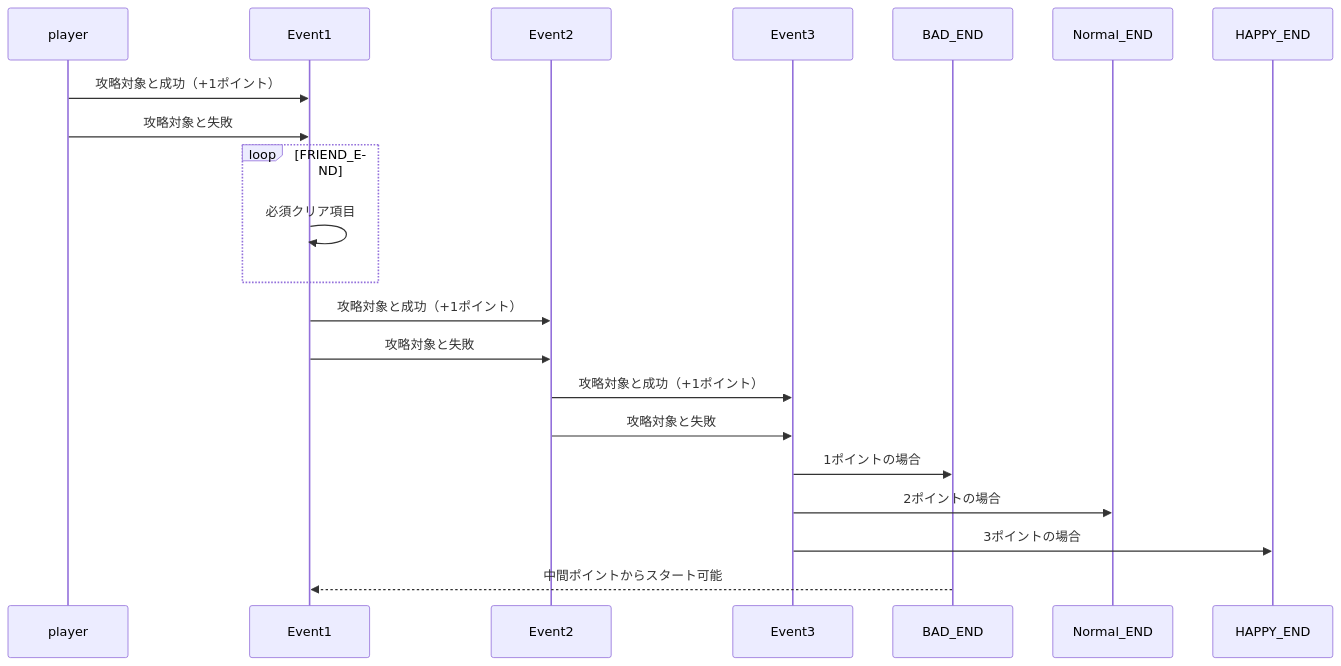
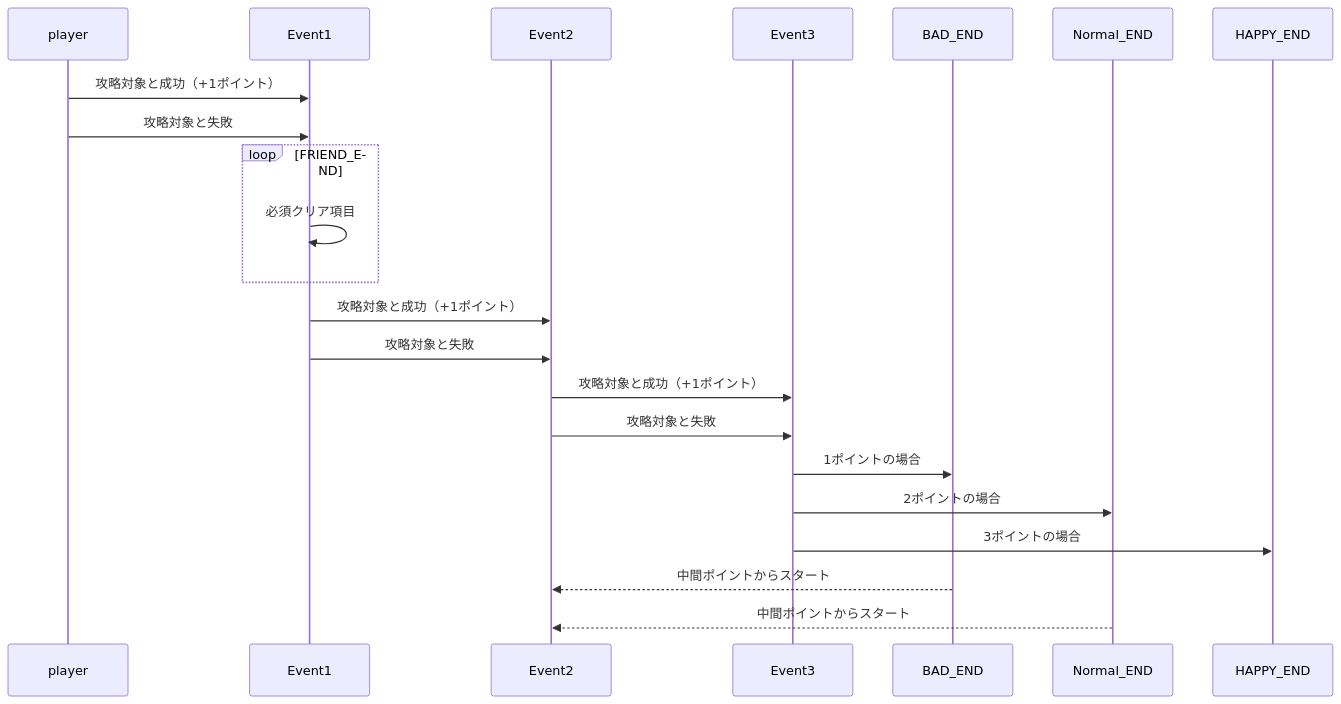
The second of 2 diagrams in README.md (tpu-game-2022/mermaid_test), drawn with Mermaid before and after one commit.

Commit message:
変更しました

````diff
--- a/README.md
+++ b/README.md
@@ -37,23 +37,24 @@
 ```mermaid
 sequenceDiagram
 participant player
 participant　Event1
 participant　Event2
 participant  Event3
 participant　BAD_END
 participant　Normal_END
 participant　HAPPY_END
 player->>Event1:攻略対象と成功（+1ポイント）
 player->>Event1:攻略対象と失敗
 loop FRIEND_END
 Event1->>Event1:必須クリア項目
 end
 Event1->>Event2:攻略対象と成功（+1ポイント）
 Event1->>Event2:攻略対象と失敗
 Event2->>Event3:攻略対象と成功（+1ポイント）
 Event2->>Event3:攻略対象と失敗
 Event3->>BAD_END:1ポイントの場合
 Event3->>Normal_END:2ポイントの場合
 Event3->>HAPPY_END:3ポイントの場合
-BAD_END-->>Event1:中間ポイントからスタート可能
+BAD_END-->>Event2:中間ポイントからスタート
+Normal_END-->>Event2:中間ポイントからスタート
 ```
````
